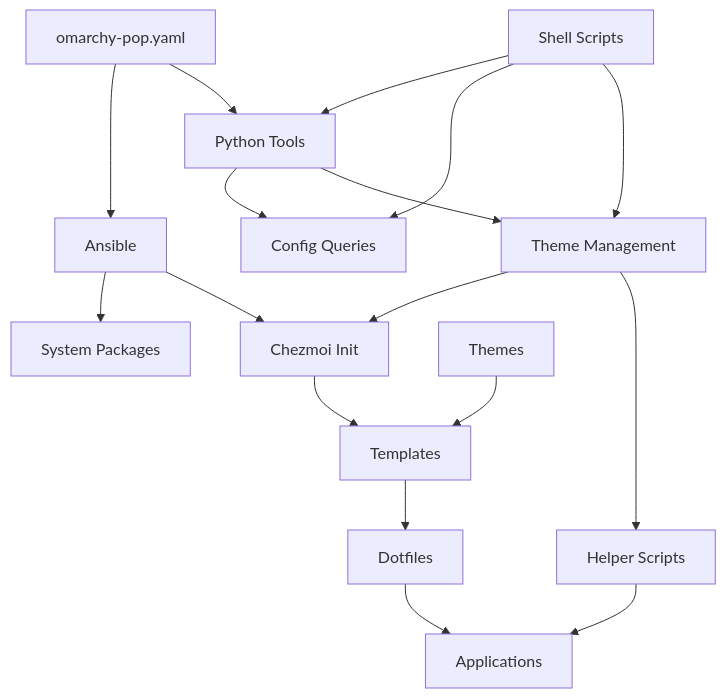
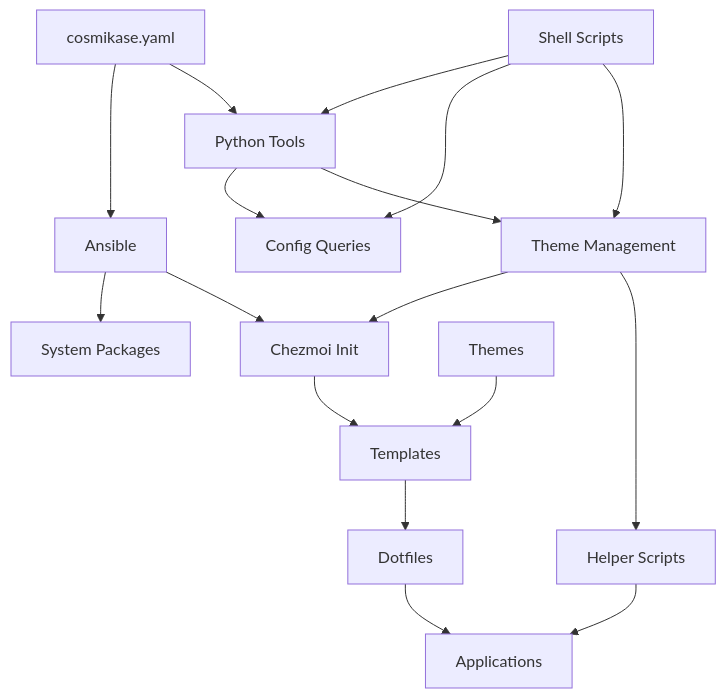
Before and after one commit to paulbrav/cosmikase: the seventh of 7 diagrams in docs/architecture.md, drawn with Mermaid. The commit also changed other lines of this file and 8 other files, not shown here.

````diff
--- a/docs/architecture.md
+++ b/docs/architecture.md
@@ -578,25 +578,25 @@
 ```mermaid
 graph TD
-    Config[omarchy-pop.yaml] --> Ansible[Ansible]
+    Config[cosmikase.yaml] --> Ansible[Ansible]
     Config --> PythonTools[Python Tools]
     
     Ansible --> Packages[System Packages]
     Ansible --> Chezmoi[Chezmoi Init]
     
     Chezmoi --> Templates[Templates]
     Themes[Themes] --> Templates
     Templates --> Dotfiles[Dotfiles]
     
     PythonTools --> ConfigQuery[Config Queries]
     PythonTools --> ThemeMgmt[Theme Management]
     
     ThemeMgmt --> Chezmoi
     ThemeMgmt --> HelperScripts[Helper Scripts]
     
     HelperScripts --> Apps[Applications]
     Dotfiles --> Apps
     
     Scripts[Shell Scripts] --> PythonTools
     Scripts --> ConfigQuery
     Scripts --> ThemeMgmt
 ```
````
